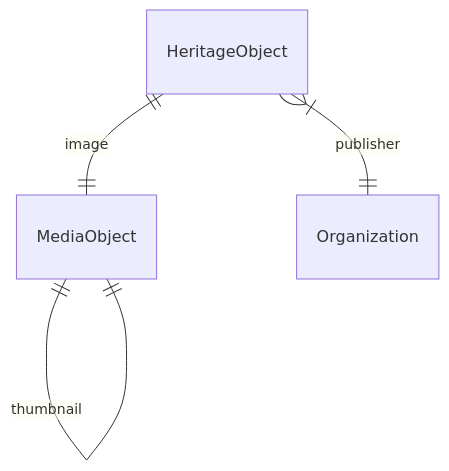
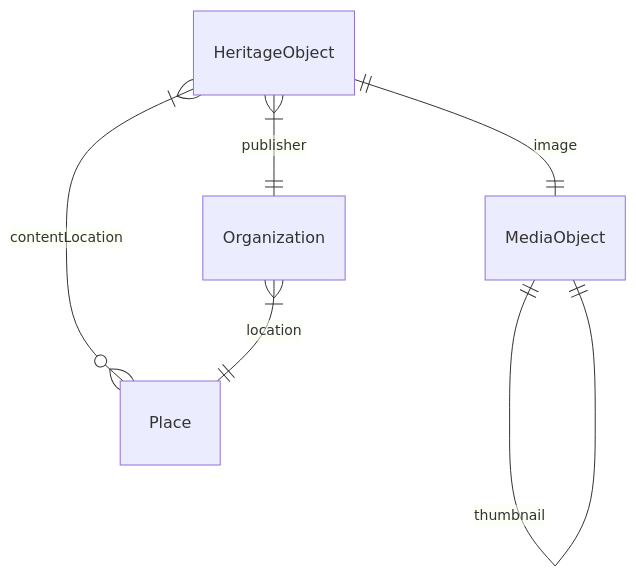
The diagram in gvn-search-find/frontend/datamodel.md (netwerk-digitaal-erfgoed/interface-usable-visible), drawn with Mermaid before and after one commit. The commit also changed other lines of this file, not shown here.

Commit message:
added missing Place entity

````diff
--- a/gvn-search-find/frontend/datamodel.md
+++ b/gvn-search-find/frontend/datamodel.md
@@ -54,6 +62,8 @@
 ```mermaid
 erDiagram
  		HeritageObject ||--|| MediaObject : image
+    HeritageObject |{--}o Place : contentLocation
     MediaObject ||--|| MediaObject : thumbnail
     HeritageObject |{--|| Organization : publisher
+    Organization |{--|| Place : location
 ```
````
